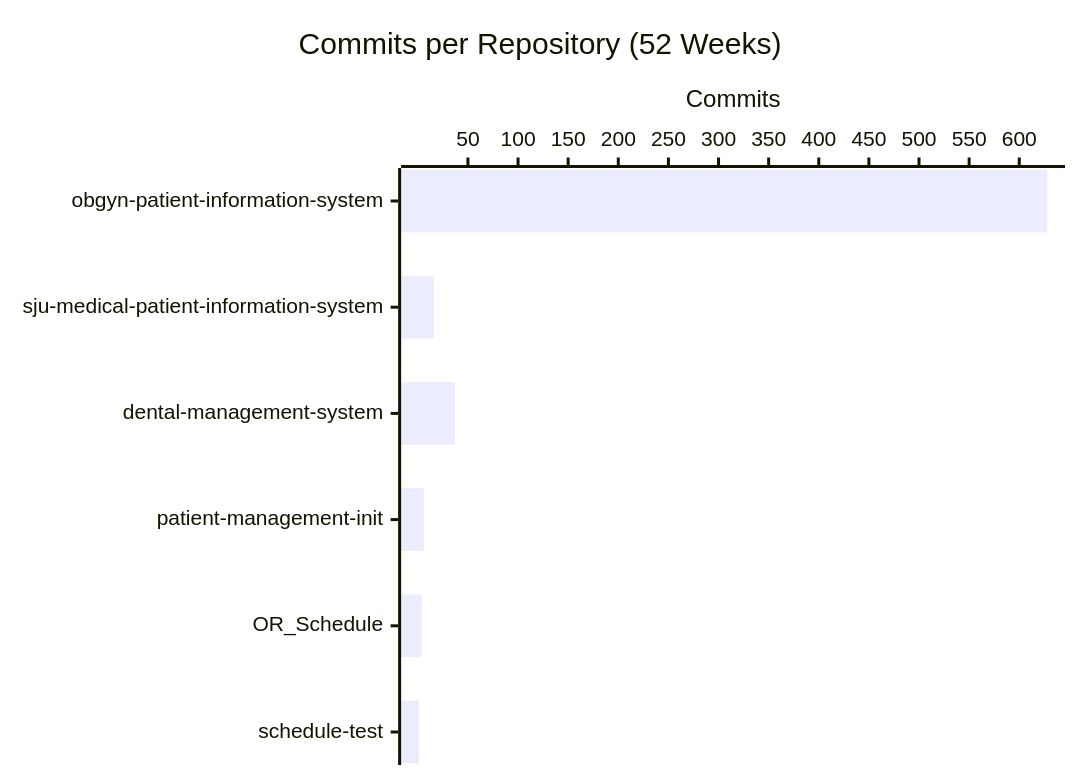
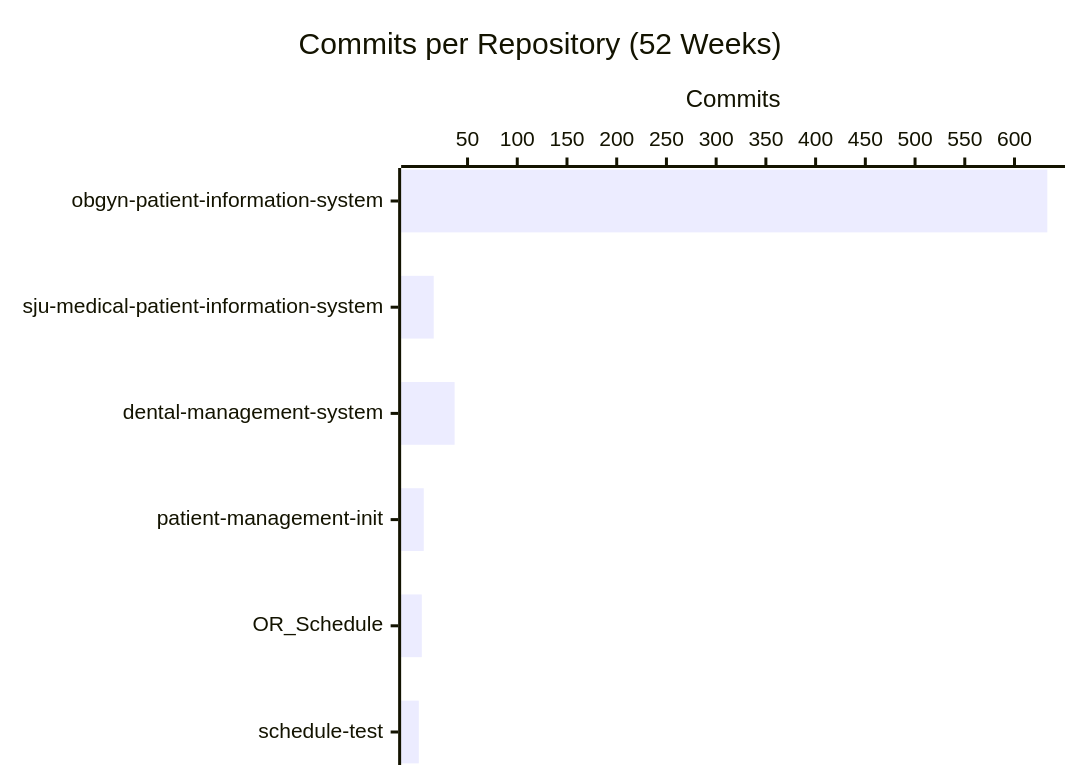
The second of 4 diagrams in profile/README.md (CSTH-Projects/.github), drawn with Mermaid before and after one commit. The commit also changed other lines of this file, not shown here.

````diff
--- a/profile/README.md
+++ b/profile/README.md
@@ -24,7 +24,7 @@
 ```mermaid
 xychart-beta horizontal
     title "Commits per Repository (52 Weeks)"
     x-axis ["obgyn-patient-information-system", "sju-medical-patient-information-system", "dental-management-system", "patient-management-init", "OR_Schedule", "schedule-test"]
     y-axis "Commits"
-    bar [628, 16, 37, 6, 4, 1]
+    bar [633, 16, 37, 6, 4, 1]
 ```
````
